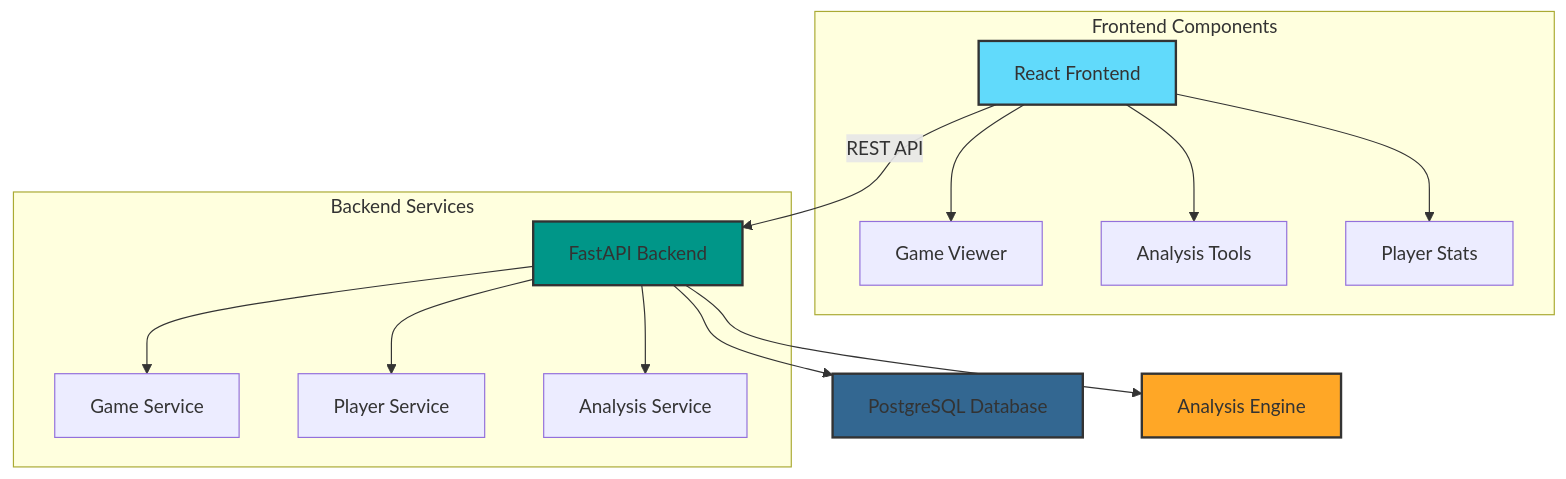
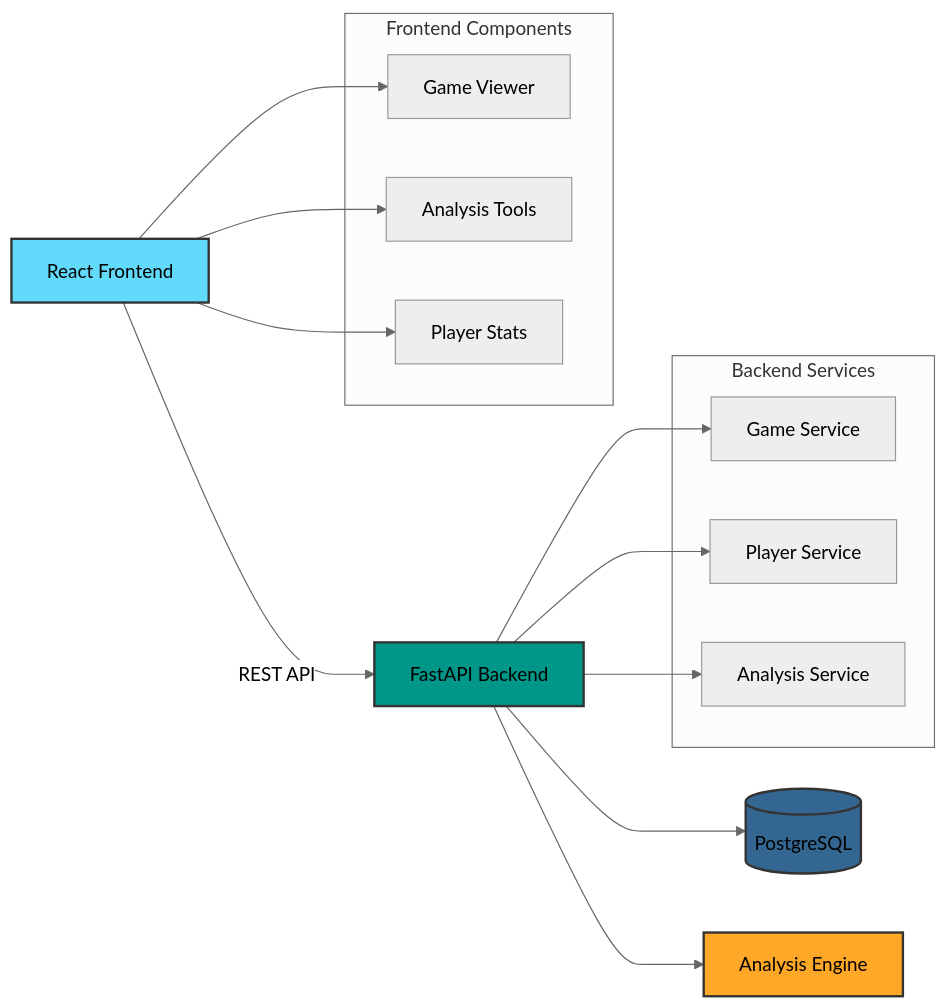
The diagram in docs/index.md (nessaee/chess-database), drawn with Mermaid before and after one commit. The commit also changed 5 other files, not shown here.

````diff
--- a/docs/index.md
+++ b/docs/index.md
@@ -30,23 +30,49 @@
 ```mermaid
-graph TD
-    A[React Frontend] -->|REST API| B[FastAPI Backend]
-    B --> C[PostgreSQL Database]
-    B --> D[Analysis Engine]
+%%{init: {'theme': 'neutral' }}%%
+graph LR
+    %% Main Components
+    Frontend[React Frontend]
+    Backend[FastAPI Backend]
+    DB[(PostgreSQL)]
+    Analysis[Analysis Engine]
+
+    %% Frontend Components
+    subgraph "Frontend Components"
+        GameViewer[Game Viewer]
+        AnalysisTools[Analysis Tools]
+        PlayerStats[Player Stats]
+    end
+
+    %% Backend Services
+    subgraph "Backend Services"
+        GameService[Game Service]
+        PlayerService[Player Service]
+        AnalysisService[Analysis Service]
+    end
+
+    %% Connections
+    Frontend --> |REST API| Backend
+    Backend --> DB
+    Backend --> Analysis
     
-    subgraph Frontend Components
-        A --> E[Game Viewer]
-        A --> F[Analysis Tools]
-        A --> G[Player Stats]
-    end
+    %% Frontend Internal
+    Frontend --> GameViewer
+    Frontend --> AnalysisTools
+    Frontend --> PlayerStats
     
-    subgraph Backend Services
-        B --> H[Game Service]
-        B --> I[Player Service]
-        B --> J[Analysis Service]
-    end
+    %% Backend Internal
+    Backend --> GameService
+    Backend --> PlayerService
+    Backend --> AnalysisService
+
+    %% Styling
+    classDef frontend fill:#61DAFB,stroke:#333,stroke-width:2px
+    classDef backend fill:#009688,stroke:#333,stroke-width:2px
+    classDef database fill:#336791,stroke:#333,stroke-width:2px
+    classDef analysis fill:#FFA726,stroke:#333,stroke-width:2px
     
-    style A fill:#61DAFB,stroke:#333,stroke-width:2px
-    style B fill:#009688,stroke:#333,stroke-width:2px
-    style C fill:#336791,stroke:#333,stroke-width:2px
-    style D fill:#FFA726,stroke:#333,stroke-width:2px
+    class Frontend frontend
+    class Backend backend
+    class DB database
+    class Analysis analysis
 ```
````
